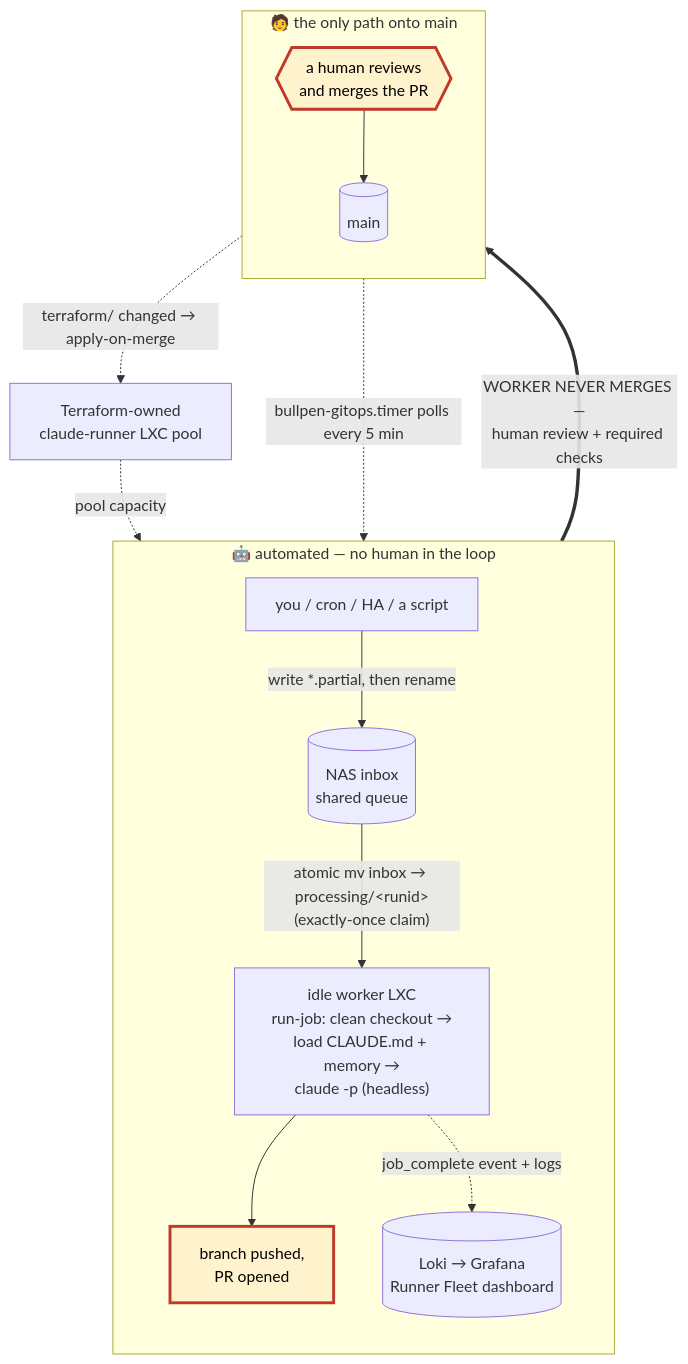
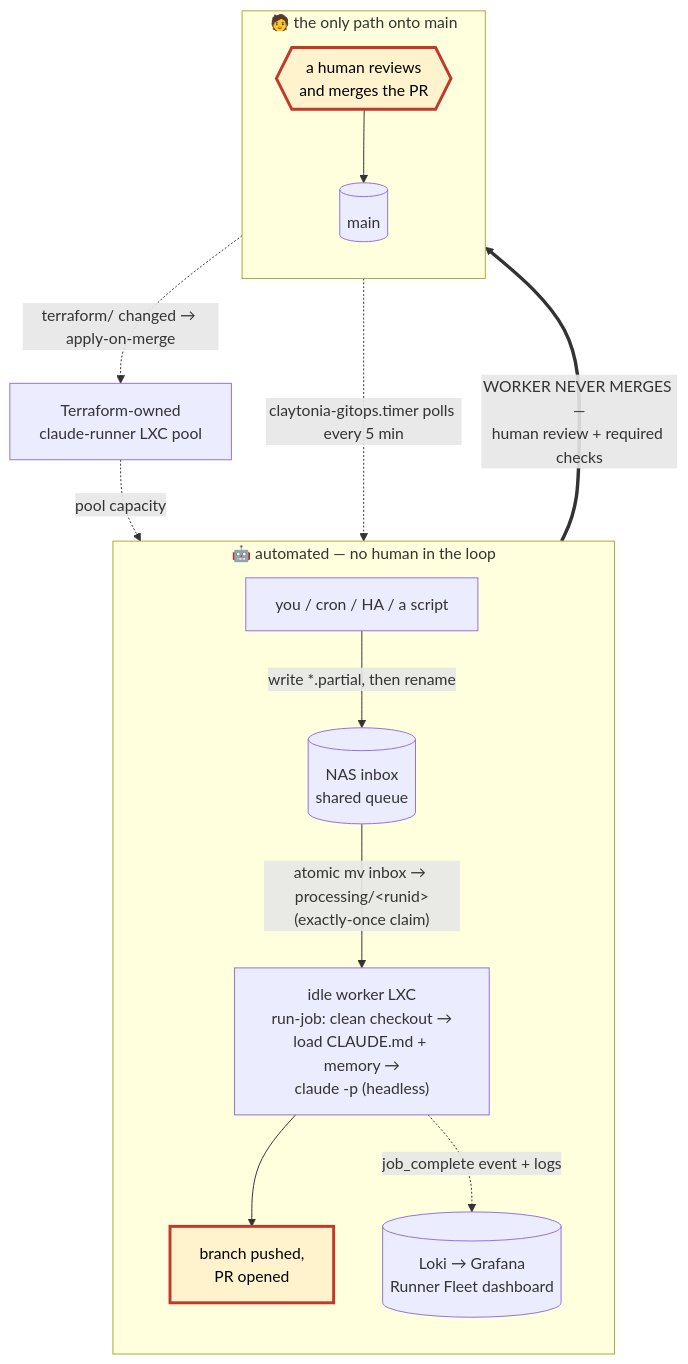
The diagram in README.md (lentago/claytonia), drawn with Mermaid before and after one commit. The commit also changed other lines of this file and 8 other files, not shown here.

First line of the commit message:
Rename the on-host gitops loop to claytonia-gitops (part of #65) (#158)

````diff
--- a/README.md
+++ b/README.md
@@ -45,24 +46,24 @@
 ```mermaid
 flowchart TD
     subgraph agent["🤖 automated — no human in the loop"]
         direction TB
         SRC["you / cron / HA / a script"] -->|"write *.partial, then rename"| INBOX[("NAS inbox<br/>shared queue")]
         INBOX -->|"atomic mv inbox → processing/&lt;runid&gt;<br/>(exactly-once claim)"| WORKER["idle worker LXC<br/>run-job: clean checkout →<br/>load CLAUDE.md + memory →<br/>claude -p (headless)"]
         WORKER --> PR["branch pushed,<br/>PR opened"]
         WORKER -.->|"job_complete event + logs"| LOKI[("Loki → Grafana<br/>Runner Fleet dashboard")]
     end
 
     PR ==>|"WORKER NEVER MERGES —<br/>human review + required checks"| HUMAN{{"a human reviews<br/>and merges the PR"}}
 
     subgraph humanside["🧑 the only path onto main"]
         direction TB
         HUMAN --> MAIN[("main")]
     end
 
-    MAIN -.->|"bullpen-gitops.timer polls every 5 min"| WORKER
+    MAIN -.->|"claytonia-gitops.timer polls every 5 min"| WORKER
     MAIN -.->|"terraform/ changed → apply-on-merge"| POOL["Terraform-owned<br/>claude-runner LXC pool"]
     POOL -.->|"pool capacity"| WORKER
 
     classDef boundary fill:#fff3cd,stroke:#c0392b,stroke-width:3px,color:#000
     class PR,HUMAN boundary
 ```
````
